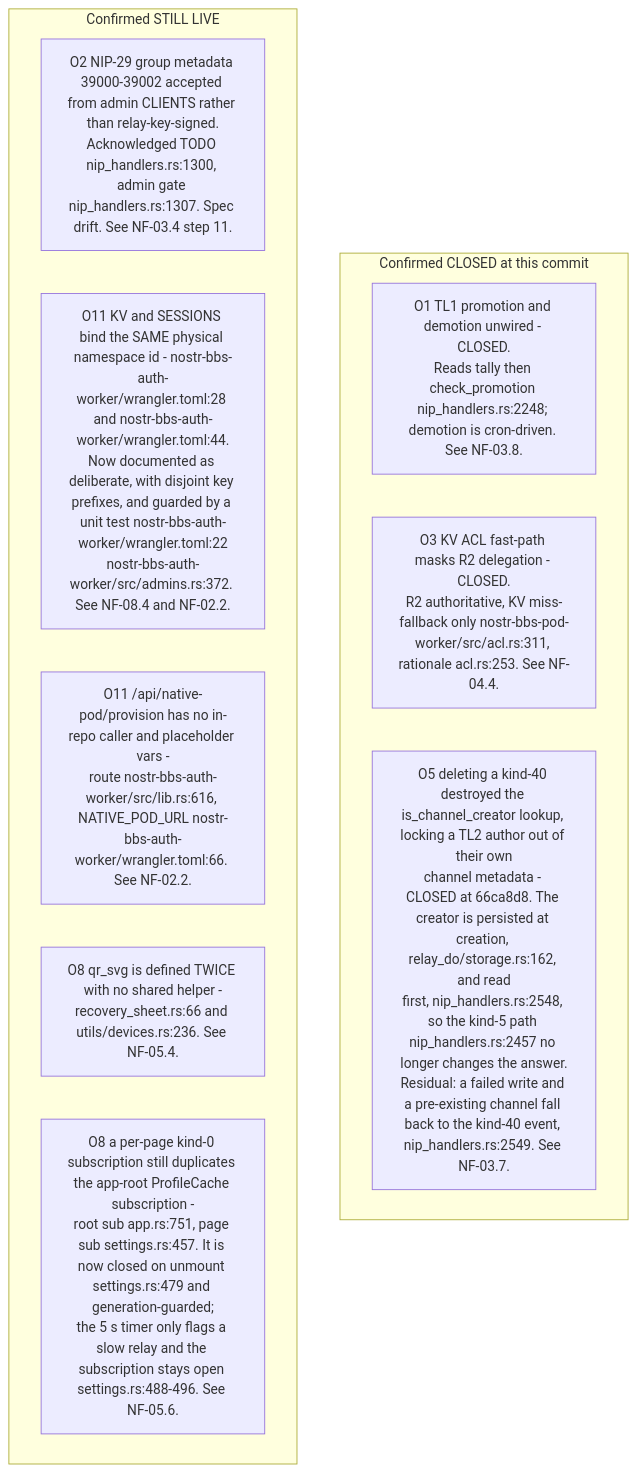
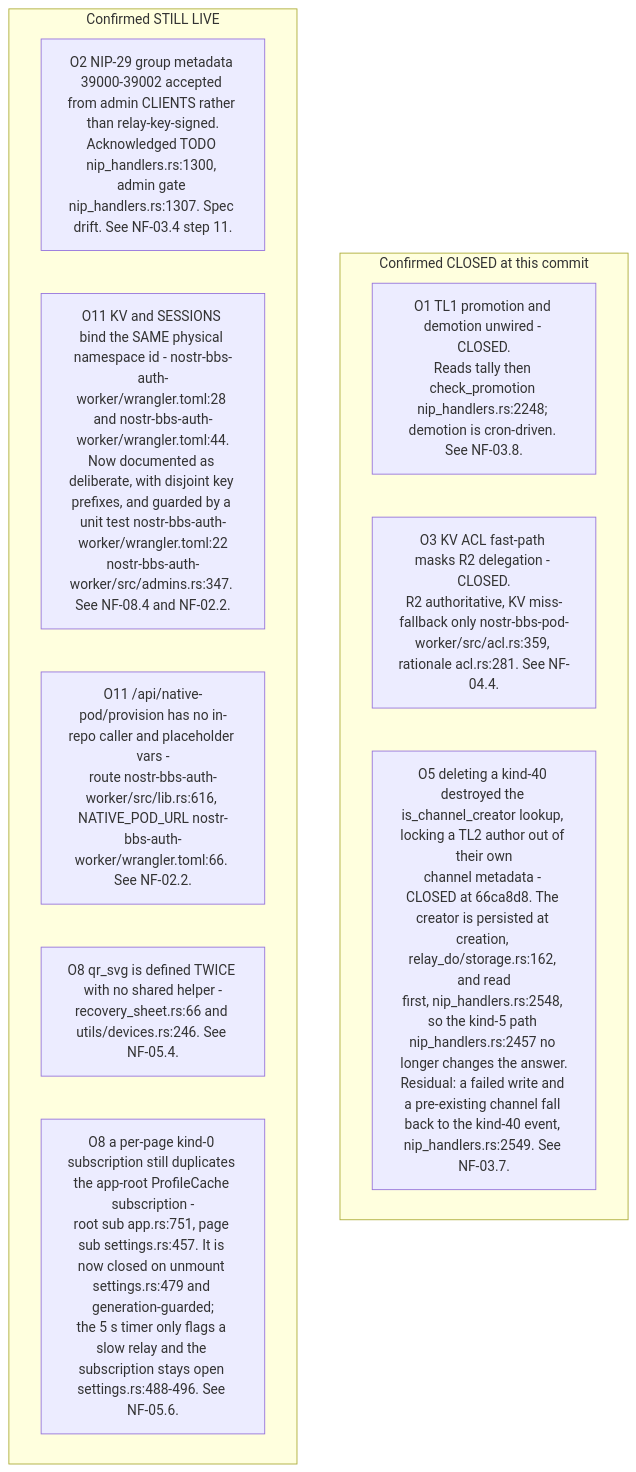
Before and after one commit to DreamLab-AI/VisionFlow: the third of 10 diagrams in docs/diagrams/nostr-rust-forum/10-invariants-and-anomaly-register.md, drawn with Mermaid. The commit also changed other lines of this file and 59 other files, not shown here.

First line of the commit message:
docs(diagrams): re-derive and re-stamp forum, website, pod, ontomark and sealmap topics

````diff
--- a/docs/diagrams/nostr-rust-forum/10-invariants-and-anomaly-register.md
+++ b/docs/diagrams/nostr-rust-forum/10-invariants-and-anomaly-register.md
@@ -110,15 +110,15 @@
 ```mermaid
 flowchart TB
     subgraph closed["Confirmed CLOSED at this commit"]
         O1["O1 TL1 promotion and demotion unwired - CLOSED.<br/>Reads tally then check_promotion nip_handlers.rs:2248; demotion is cron-driven. See NF-03.8."]
-        O3["O3 KV ACL fast-path masks R2 delegation - CLOSED.<br/>R2 authoritative, KV miss-fallback only nostr-bbs-pod-worker/src/acl.rs:311, rationale acl.rs:253. See NF-04.4."]
+        O3["O3 KV ACL fast-path masks R2 delegation - CLOSED.<br/>R2 authoritative, KV miss-fallback only nostr-bbs-pod-worker/src/acl.rs:359, rationale acl.rs:281. See NF-04.4."]
         O5["O5 deleting a kind-40 destroyed the is_channel_creator lookup, locking a TL2 author out of their own<br/>channel metadata - CLOSED at 66ca8d8. The creator is persisted at creation, relay_do/storage.rs:162, and read<br/>first, nip_handlers.rs:2548, so the kind-5 path nip_handlers.rs:2457 no longer changes the answer.<br/>Residual: a failed write and a pre-existing channel fall back to the kind-40 event, nip_handlers.rs:2549. See NF-03.7."]
     end
     subgraph live["Confirmed STILL LIVE"]
         O2["O2 NIP-29 group metadata 39000-39002 accepted from admin CLIENTS rather than relay-key-signed.<br/>Acknowledged TODO nip_handlers.rs:1300, admin gate nip_handlers.rs:1307. Spec drift. See NF-03.4 step 11."]
-        O11a["O11 KV and SESSIONS bind the SAME physical namespace id - nostr-bbs-auth-worker/wrangler.toml:28 and nostr-bbs-auth-worker/wrangler.toml:44.<br/>Now documented as deliberate, with disjoint key prefixes, and guarded by a unit test nostr-bbs-auth-worker/wrangler.toml:22<br/>nostr-bbs-auth-worker/src/admins.rs:372. See NF-08.4 and NF-02.2."]
+        O11a["O11 KV and SESSIONS bind the SAME physical namespace id - nostr-bbs-auth-worker/wrangler.toml:28 and nostr-bbs-auth-worker/wrangler.toml:44.<br/>Now documented as deliberate, with disjoint key prefixes, and guarded by a unit test nostr-bbs-auth-worker/wrangler.toml:22<br/>nostr-bbs-auth-worker/src/admins.rs:347. See NF-08.4 and NF-02.2."]
         O11b["O11 /api/native-pod/provision has no in-repo caller and placeholder vars -<br/>route nostr-bbs-auth-worker/src/lib.rs:616, NATIVE_POD_URL nostr-bbs-auth-worker/wrangler.toml:66. See NF-02.2."]
-        O8a["O8 qr_svg is defined TWICE with no shared helper -<br/>recovery_sheet.rs:66 and utils/devices.rs:236. See NF-05.4."]
+        O8a["O8 qr_svg is defined TWICE with no shared helper -<br/>recovery_sheet.rs:66 and utils/devices.rs:246. See NF-05.4."]
         O8b["O8 a per-page kind-0 subscription still duplicates the app-root ProfileCache subscription -<br/>root sub app.rs:751, page sub settings.rs:457. It is now closed on unmount settings.rs:479 and generation-guarded;<br/>the 5 s timer only flags a slow relay and the subscription stays open settings.rs:488-496. See NF-05.6."]
     end
 ```
````
